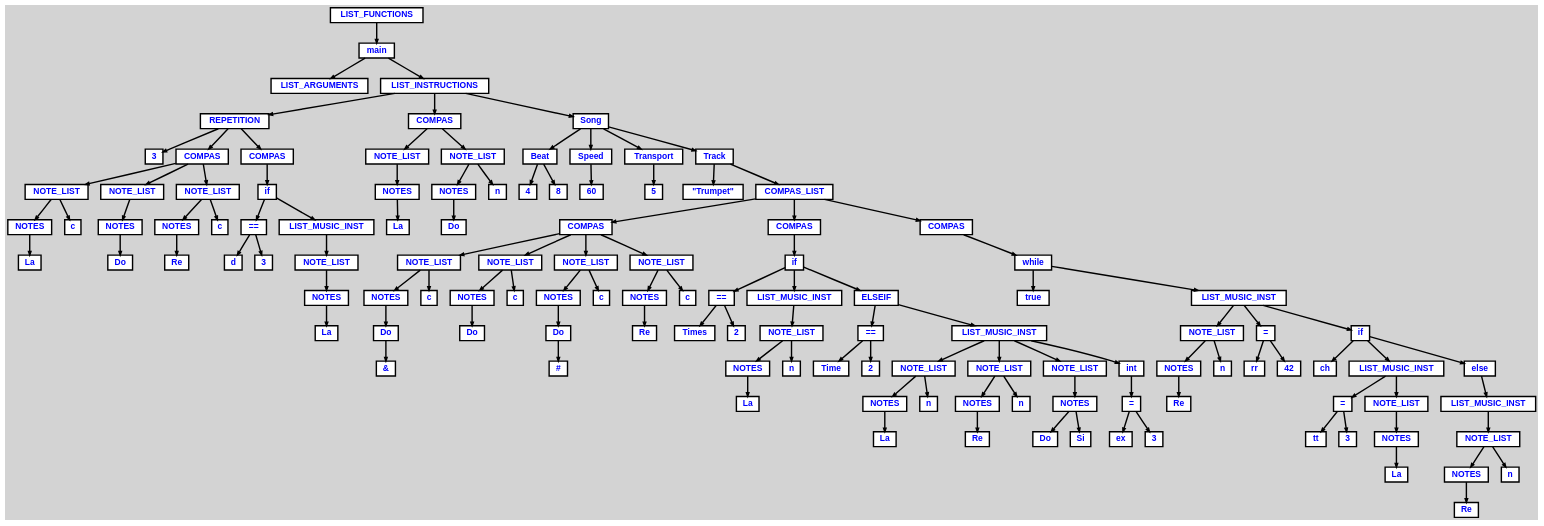
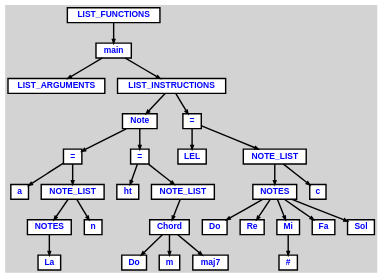
One commit to mariofv/A-Music-Language changed the diagram in tree.dot. Above: the diagram before and after it, drawn with Graphviz. The commit also changed 9 other files, not shown here.

```diff
--- a/tree.dot
+++ b/tree.dot
@@ -12,313 +12,70 @@
   n2 [label="LIST_ARGUMENTS"];
   n3 [label="LIST_INSTRUCTIONS"];
   n3 [label="LIST_INSTRUCTIONS"];
-  n4 [label="REPETITION"];
-  n4 [label="REPETITION"];
-  n5 [label="3"];
-  n6 [label="COMPAS"];
-  n6 [label="COMPAS"];
+  n4 [label="Note"];
+  n4 [label="Note"];
+  n5 [label="="];
+  n5 [label="="];
+  n6 [label="a"];
   n7 [label="NOTE_LIST"];
   n7 [label="NOTE_LIST"];
   n8 [label="NOTES"];
   n8 [label="NOTES"];
   n9 [label="La"];
-  n10 [label="c"];
-  n11 [label="NOTE_LIST"];
-  n11 [label="NOTE_LIST"];
-  n12 [label="NOTES"];
-  n12 [label="NOTES"];
-  n13 [label="Do"];
-  n14 [label="NOTE_LIST"];
-  n14 [label="NOTE_LIST"];
-  n15 [label="NOTES"];
-  n15 [label="NOTES"];
-  n16 [label="Re"];
-  n17 [label="c"];
-  n18 [label="COMPAS"];
-  n18 [label="COMPAS"];
-  n19 [label="if"];
-  n19 [label="if"];
-  n20 [label="=="];
-  n20 [label="=="];
-  n21 [label="d"];
-  n22 [label="3"];
-  n23 [label="LIST_MUSIC_INST"];
-  n23 [label="LIST_MUSIC_INST"];
-  n24 [label="NOTE_LIST"];
-  n24 [label="NOTE_LIST"];
-  n25 [label="NOTES"];
-  n25 [label="NOTES"];
-  n26 [label="La"];
-  n27 [label="COMPAS"];
-  n27 [label="COMPAS"];
-  n28 [label="NOTE_LIST"];
-  n28 [label="NOTE_LIST"];
-  n29 [label="NOTES"];
-  n29 [label="NOTES"];
-  n30 [label="La"];
-  n31 [label="NOTE_LIST"];
-  n31 [label="NOTE_LIST"];
-  n32 [label="NOTES"];
-  n32 [label="NOTES"];
-  n33 [label="Do"];
-  n34 [label="n"];
-  n35 [label="Song"];
-  n35 [label="Song"];
-  n36 [label="Beat"];
-  n36 [label="Beat"];
-  n37 [label="4"];
-  n38 [label="8"];
-  n39 [label="Speed"];
-  n39 [label="Speed"];
-  n40 [label="60"];
-  n41 [label="Transport"];
-  n41 [label="Transport"];
-  n42 [label="5"];
-  n43 [label="Track"];
-  n43 [label="Track"];
-  n44 [label="\"Trumpet\""];
-  n45 [label="COMPAS_LIST"];
-  n45 [label="COMPAS_LIST"];
-  n46 [label="COMPAS"];
-  n46 [label="COMPAS"];
-  n47 [label="NOTE_LIST"];
-  n47 [label="NOTE_LIST"];
-  n48 [label="NOTES"];
-  n48 [label="NOTES"];
-  n49 [label="Do"];
-  n49 [label="Do"];
-  n50 [label="&"];
-  n51 [label="c"];
-  n52 [label="NOTE_LIST"];
-  n52 [label="NOTE_LIST"];
-  n53 [label="NOTES"];
-  n53 [label="NOTES"];
-  n54 [label="Do"];
-  n55 [label="c"];
-  n56 [label="NOTE_LIST"];
-  n56 [label="NOTE_LIST"];
-  n57 [label="NOTES"];
-  n57 [label="NOTES"];
-  n58 [label="Do"];
-  n58 [label="Do"];
-  n59 [label="#"];
-  n60 [label="c"];
-  n61 [label="NOTE_LIST"];
-  n61 [label="NOTE_LIST"];
-  n62 [label="NOTES"];
-  n62 [label="NOTES"];
-  n63 [label="Re"];
-  n64 [label="c"];
-  n65 [label="COMPAS"];
-  n65 [label="COMPAS"];
-  n66 [label="if"];
-  n66 [label="if"];
-  n67 [label="=="];
-  n67 [label="=="];
-  n68 [label="Times"];
-  n69 [label="2"];
-  n70 [label="LIST_MUSIC_INST"];
-  n70 [label="LIST_MUSIC_INST"];
-  n71 [label="NOTE_LIST"];
-  n71 [label="NOTE_LIST"];
-  n72 [label="NOTES"];
-  n72 [label="NOTES"];
-  n73 [label="La"];
-  n74 [label="n"];
-  n75 [label="ELSEIF"];
-  n75 [label="ELSEIF"];
-  n76 [label="=="];
-  n76 [label="=="];
-  n77 [label="Time"];
-  n78 [label="2"];
-  n79 [label="LIST_MUSIC_INST"];
-  n79 [label="LIST_MUSIC_INST"];
-  n80 [label="NOTE_LIST"];
-  n80 [label="NOTE_LIST"];
-  n81 [label="NOTES"];
-  n81 [label="NOTES"];
-  n82 [label="La"];
-  n83 [label="n"];
-  n84 [label="NOTE_LIST"];
-  n84 [label="NOTE_LIST"];
-  n85 [label="NOTES"];
-  n85 [label="NOTES"];
-  n86 [label="Re"];
-  n87 [label="n"];
-  n88 [label="NOTE_LIST"];
-  n88 [label="NOTE_LIST"];
-  n89 [label="NOTES"];
-  n89 [label="NOTES"];
-  n90 [label="Do"];
-  n91 [label="Si"];
-  n92 [label="int"];
-  n92 [label="int"];
-  n93 [label="="];
-  n93 [label="="];
-  n94 [label="ex"];
-  n95 [label="3"];
-  n96 [label="COMPAS"];
-  n96 [label="COMPAS"];
-  n97 [label="while"];
-  n97 [label="while"];
-  n98 [label="true"];
-  n99 [label="LIST_MUSIC_INST"];
-  n99 [label="LIST_MUSIC_INST"];
-  n100 [label="NOTE_LIST"];
-  n100 [label="NOTE_LIST"];
-  n101 [label="NOTES"];
-  n101 [label="NOTES"];
-  n102 [label="Re"];
-  n103 [label="n"];
-  n104 [label="="];
-  n104 [label="="];
-  n105 [label="rr"];
-  n106 [label="42"];
-  n107 [label="if"];
-  n107 [label="if"];
-  n108 [label="ch"];
-  n109 [label="LIST_MUSIC_INST"];
-  n109 [label="LIST_MUSIC_INST"];
-  n110 [label="="];
-  n110 [label="="];
-  n111 [label="tt"];
-  n112 [label="3"];
-  n113 [label="NOTE_LIST"];
-  n113 [label="NOTE_LIST"];
-  n114 [label="NOTES"];
-  n114 [label="NOTES"];
-  n115 [label="La"];
-  n116 [label="else"];
-  n116 [label="else"];
-  n117 [label="LIST_MUSIC_INST"];
-  n117 [label="LIST_MUSIC_INST"];
-  n118 [label="NOTE_LIST"];
-  n118 [label="NOTE_LIST"];
-  n119 [label="NOTES"];
-  n119 [label="NOTES"];
-  n120 [label="Re"];
-  n121 [label="n"];
+  n10 [label="n"];
+  n11 [label="="];
+  n11 [label="="];
+  n12 [label="ht"];
+  n13 [label="NOTE_LIST"];
+  n13 [label="NOTE_LIST"];
+  n14 [label="Chord"];
+  n14 [label="Chord"];
+  n15 [label="Do"];
+  n16 [label="m"];
+  n17 [label="maj7"];
+  n18 [label="="];
+  n18 [label="="];
+  n19 [label="LEL"];
+  n20 [label="NOTE_LIST"];
+  n20 [label="NOTE_LIST"];
+  n21 [label="NOTES"];
+  n21 [label="NOTES"];
+  n22 [label="Do"];
+  n23 [label="Re"];
+  n24 [label="Mi"];
+  n24 [label="Mi"];
+  n25 [label="#"];
+  n26 [label="Fa"];
+  n27 [label="Sol"];
+  n28 [label="c"];
 
   n0 -> n1 // "LIST_FUNCTIONS" -> "main"
   n1 -> n2 // "main" -> "LIST_ARGUMENTS"
   n1 -> n3 // "main" -> "LIST_INSTRUCTIONS"
-  n3 -> n4 // "LIST_INSTRUCTIONS" -> "REPETITION"
-  n4 -> n5 // "REPETITION" -> "3"
-  n4 -> n6 // "REPETITION" -> "COMPAS"
-  n6 -> n7 // "COMPAS" -> "NOTE_LIST"
+  n3 -> n4 // "LIST_INSTRUCTIONS" -> "Note"
+  n4 -> n5 // "Note" -> "="
+  n5 -> n6 // "=" -> "a"
+  n5 -> n7 // "=" -> "NOTE_LIST"
   n7 -> n8 // "NOTE_LIST" -> "NOTES"
   n8 -> n9 // "NOTES" -> "La"
-  n7 -> n10 // "NOTE_LIST" -> "c"
-  n6 -> n11 // "COMPAS" -> "NOTE_LIST"
-  n11 -> n12 // "NOTE_LIST" -> "NOTES"
-  n12 -> n13 // "NOTES" -> "Do"
-  n6 -> n14 // "COMPAS" -> "NOTE_LIST"
-  n14 -> n15 // "NOTE_LIST" -> "NOTES"
-  n15 -> n16 // "NOTES" -> "Re"
-  n14 -> n17 // "NOTE_LIST" -> "c"
-  n4 -> n18 // "REPETITION" -> "COMPAS"
-  n18 -> n19 // "COMPAS" -> "if"
-  n19 -> n20 // "if" -> "=="
-  n20 -> n21 // "==" -> "d"
-  n20 -> n22 // "==" -> "3"
-  n19 -> n23 // "if" -> "LIST_MUSIC_INST"
-  n23 -> n24 // "LIST_MUSIC_INST" -> "NOTE_LIST"
-  n24 -> n25 // "NOTE_LIST" -> "NOTES"
-  n25 -> n26 // "NOTES" -> "La"
-  n3 -> n27 // "LIST_INSTRUCTIONS" -> "COMPAS"
-  n27 -> n28 // "COMPAS" -> "NOTE_LIST"
-  n28 -> n29 // "NOTE_LIST" -> "NOTES"
-  n29 -> n30 // "NOTES" -> "La"
-  n27 -> n31 // "COMPAS" -> "NOTE_LIST"
-  n31 -> n32 // "NOTE_LIST" -> "NOTES"
-  n32 -> n33 // "NOTES" -> "Do"
-  n31 -> n34 // "NOTE_LIST" -> "n"
-  n3 -> n35 // "LIST_INSTRUCTIONS" -> "Song"
-  n35 -> n36 // "Song" -> "Beat"
-  n36 -> n37 // "Beat" -> "4"
-  n36 -> n38 // "Beat" -> "8"
-  n35 -> n39 // "Song" -> "Speed"
-  n39 -> n40 // "Speed" -> "60"
-  n35 -> n41 // "Song" -> "Transport"
-  n41 -> n42 // "Transport" -> "5"
-  n35 -> n43 // "Song" -> "Track"
-  n43 -> n44 // "Track" -> "\"Trumpet\""
-  n43 -> n45 // "Track" -> "COMPAS_LIST"
-  n45 -> n46 // "COMPAS_LIST" -> "COMPAS"
-  n46 -> n47 // "COMPAS" -> "NOTE_LIST"
-  n47 -> n48 // "NOTE_LIST" -> "NOTES"
-  n48 -> n49 // "NOTES" -> "Do"
-  n49 -> n50 // "Do" -> "&"
-  n47 -> n51 // "NOTE_LIST" -> "c"
-  n46 -> n52 // "COMPAS" -> "NOTE_LIST"
-  n52 -> n53 // "NOTE_LIST" -> "NOTES"
-  n53 -> n54 // "NOTES" -> "Do"
-  n52 -> n55 // "NOTE_LIST" -> "c"
-  n46 -> n56 // "COMPAS" -> "NOTE_LIST"
-  n56 -> n57 // "NOTE_LIST" -> "NOTES"
-  n57 -> n58 // "NOTES" -> "Do"
-  n58 -> n59 // "Do" -> "#"
-  n56 -> n60 // "NOTE_LIST" -> "c"
-  n46 -> n61 // "COMPAS" -> "NOTE_LIST"
-  n61 -> n62 // "NOTE_LIST" -> "NOTES"
-  n62 -> n63 // "NOTES" -> "Re"
-  n61 -> n64 // "NOTE_LIST" -> "c"
-  n45 -> n65 // "COMPAS_LIST" -> "COMPAS"
-  n65 -> n66 // "COMPAS" -> "if"
-  n66 -> n67 // "if" -> "=="
-  n67 -> n68 // "==" -> "Times"
-  n67 -> n69 // "==" -> "2"
-  n66 -> n70 // "if" -> "LIST_MUSIC_INST"
-  n70 -> n71 // "LIST_MUSIC_INST" -> "NOTE_LIST"
-  n71 -> n72 // "NOTE_LIST" -> "NOTES"
-  n72 -> n73 // "NOTES" -> "La"
-  n71 -> n74 // "NOTE_LIST" -> "n"
-  n66 -> n75 // "if" -> "ELSEIF"
-  n75 -> n76 // "ELSEIF" -> "=="
-  n76 -> n77 // "==" -> "Time"
-  n76 -> n78 // "==" -> "2"
-  n75 -> n79 // "ELSEIF" -> "LIST_MUSIC_INST"
-  n79 -> n80 // "LIST_MUSIC_INST" -> "NOTE_LIST"
-  n80 -> n81 // "NOTE_LIST" -> "NOTES"
-  n81 -> n82 // "NOTES" -> "La"
-  n80 -> n83 // "NOTE_LIST" -> "n"
-  n79 -> n84 // "LIST_MUSIC_INST" -> "NOTE_LIST"
-  n84 -> n85 // "NOTE_LIST" -> "NOTES"
-  n85 -> n86 // "NOTES" -> "Re"
-  n84 -> n87 // "NOTE_LIST" -> "n"
-  n79 -> n88 // "LIST_MUSIC_INST" -> "NOTE_LIST"
-  n88 -> n89 // "NOTE_LIST" -> "NOTES"
-  n89 -> n90 // "NOTES" -> "Do"
-  n89 -> n91 // "NOTES" -> "Si"
-  n79 -> n92 // "LIST_MUSIC_INST" -> "int"
-  n92 -> n93 // "int" -> "="
-  n93 -> n94 // "=" -> "ex"
-  n93 -> n95 // "=" -> "3"
-  n45 -> n96 // "COMPAS_LIST" -> "COMPAS"
-  n96 -> n97 // "COMPAS" -> "while"
-  n97 -> n98 // "while" -> "true"
-  n97 -> n99 // "while" -> "LIST_MUSIC_INST"
-  n99 -> n100 // "LIST_MUSIC_INST" -> "NOTE_LIST"
-  n100 -> n101 // "NOTE_LIST" -> "NOTES"
-  n101 -> n102 // "NOTES" -> "Re"
-  n100 -> n103 // "NOTE_LIST" -> "n"
-  n99 -> n104 // "LIST_MUSIC_INST" -> "="
-  n104 -> n105 // "=" -> "rr"
-  n104 -> n106 // "=" -> "42"
-  n99 -> n107 // "LIST_MUSIC_INST" -> "if"
-  n107 -> n108 // "if" -> "ch"
-  n107 -> n109 // "if" -> "LIST_MUSIC_INST"
-  n109 -> n110 // "LIST_MUSIC_INST" -> "="
-  n110 -> n111 // "=" -> "tt"
-  n110 -> n112 // "=" -> "3"
-  n109 -> n113 // "LIST_MUSIC_INST" -> "NOTE_LIST"
-  n113 -> n114 // "NOTE_LIST" -> "NOTES"
-  n114 -> n115 // "NOTES" -> "La"
-  n107 -> n116 // "if" -> "else"
-  n116 -> n117 // "else" -> "LIST_MUSIC_INST"
-  n117 -> n118 // "LIST_MUSIC_INST" -> "NOTE_LIST"
-  n118 -> n119 // "NOTE_LIST" -> "NOTES"
-  n119 -> n120 // "NOTES" -> "Re"
-  n118 -> n121 // "NOTE_LIST" -> "n"
+  n7 -> n10 // "NOTE_LIST" -> "n"
+  n4 -> n11 // "Note" -> "="
+  n11 -> n12 // "=" -> "ht"
+  n11 -> n13 // "=" -> "NOTE_LIST"
+  n13 -> n14 // "NOTE_LIST" -> "Chord"
+  n14 -> n15 // "Chord" -> "Do"
+  n14 -> n16 // "Chord" -> "m"
+  n14 -> n17 // "Chord" -> "maj7"
+  n3 -> n18 // "LIST_INSTRUCTIONS" -> "="
+  n18 -> n19 // "=" -> "LEL"
+  n18 -> n20 // "=" -> "NOTE_LIST"
+  n20 -> n21 // "NOTE_LIST" -> "NOTES"
+  n21 -> n22 // "NOTES" -> "Do"
+  n21 -> n23 // "NOTES" -> "Re"
+  n21 -> n24 // "NOTES" -> "Mi"
+  n24 -> n25 // "Mi" -> "#"
+  n21 -> n26 // "NOTES" -> "Fa"
+  n21 -> n27 // "NOTES" -> "Sol"
+  n20 -> n28 // "NOTE_LIST" -> "c"
 
 }
```
